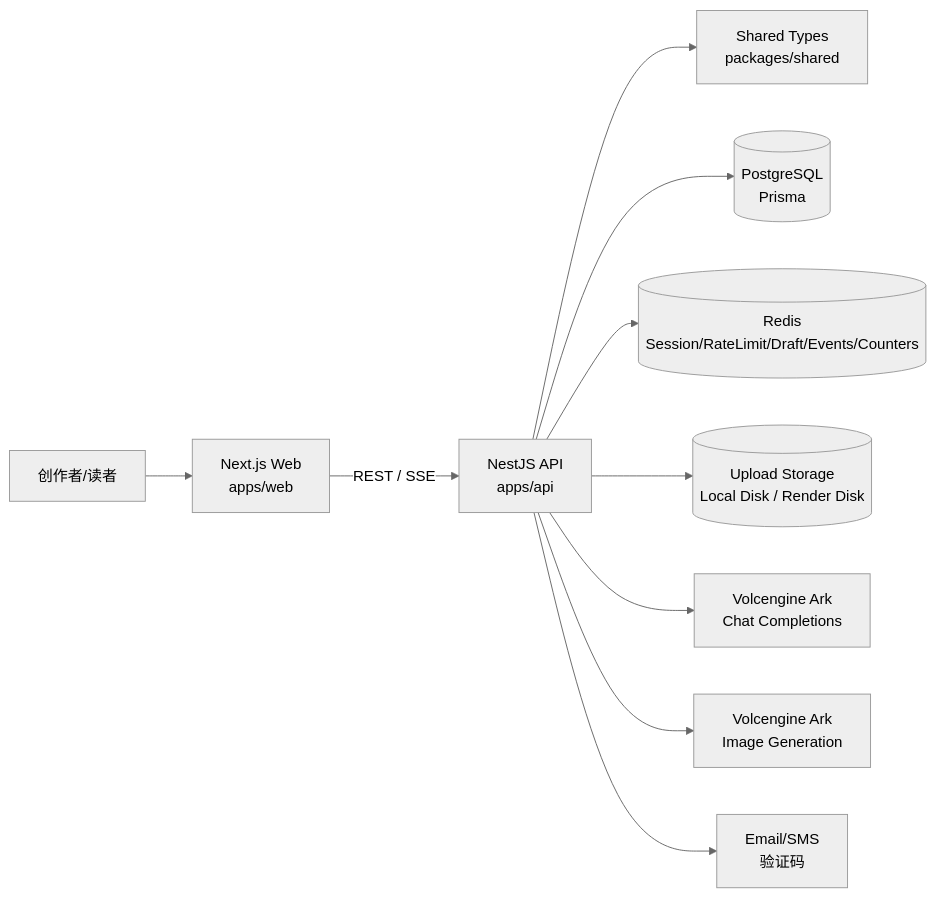
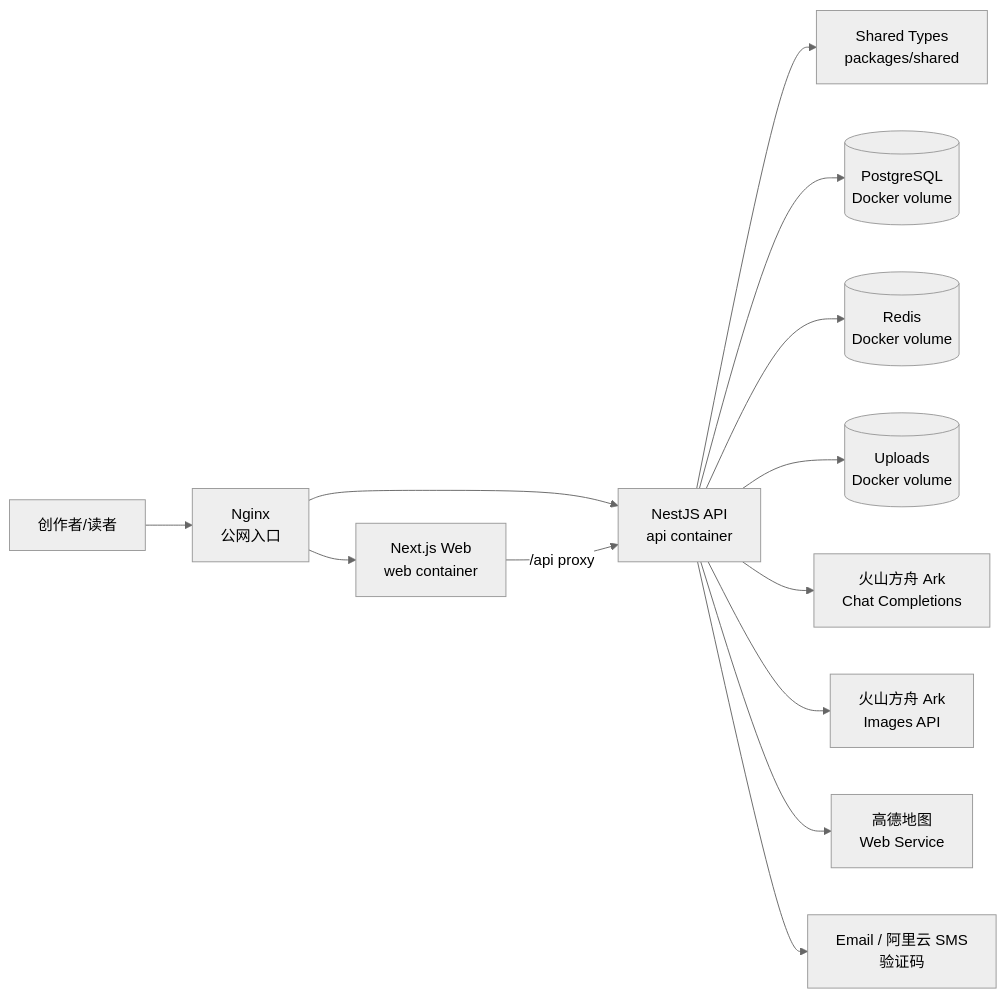
One commit to wanwan0421/AIGC-Toutiao changed the first of 3 diagrams in docs/technical-design.md. Above: the diagram before and after it, drawn with Mermaid (neutral theme). The commit also changed other lines of this file and 6 other files, not shown here.

````diff
--- a/docs/technical-design.md
+++ b/docs/technical-design.md
@@ -9,12 +11,15 @@
 ```mermaid
 flowchart LR
-  User[创作者/读者] --> Web[Next.js Web<br/>apps/web]
-  Web -->|REST / SSE| Api[NestJS API<br/>apps/api]
+  User[创作者/读者] --> Nginx[Nginx<br/>公网入口]
+  Nginx --> Web[Next.js Web<br/>web container]
+  Nginx --> Api[NestJS API<br/>api container]
+  Web -->|/api proxy| Api
   Api --> Shared[Shared Types<br/>packages/shared]
-  Api --> Pg[(PostgreSQL<br/>Prisma)]
-  Api --> Redis[(Redis<br/>Session/RateLimit/Draft/Events/Counters)]
-  Api --> Uploads[(Upload Storage<br/>Local Disk / Render Disk)]
-  Api --> ArkChat[Volcengine Ark<br/>Chat Completions]
-  Api --> ArkImage[Volcengine Ark<br/>Image Generation]
-  Api --> MailSms[Email/SMS<br/>验证码]
+  Api --> Pg[(PostgreSQL<br/>Docker volume)]
+  Api --> Redis[(Redis<br/>Docker volume)]
+  Api --> Uploads[(Uploads<br/>Docker volume)]
+  Api --> ArkChat[火山方舟 Ark<br/>Chat Completions]
+  Api --> ArkImage[火山方舟 Ark<br/>Images API]
+  Api --> AMap[高德地图<br/>Web Service]
+  Api --> MailSms[Email / 阿里云 SMS<br/>验证码]
 ```
````
